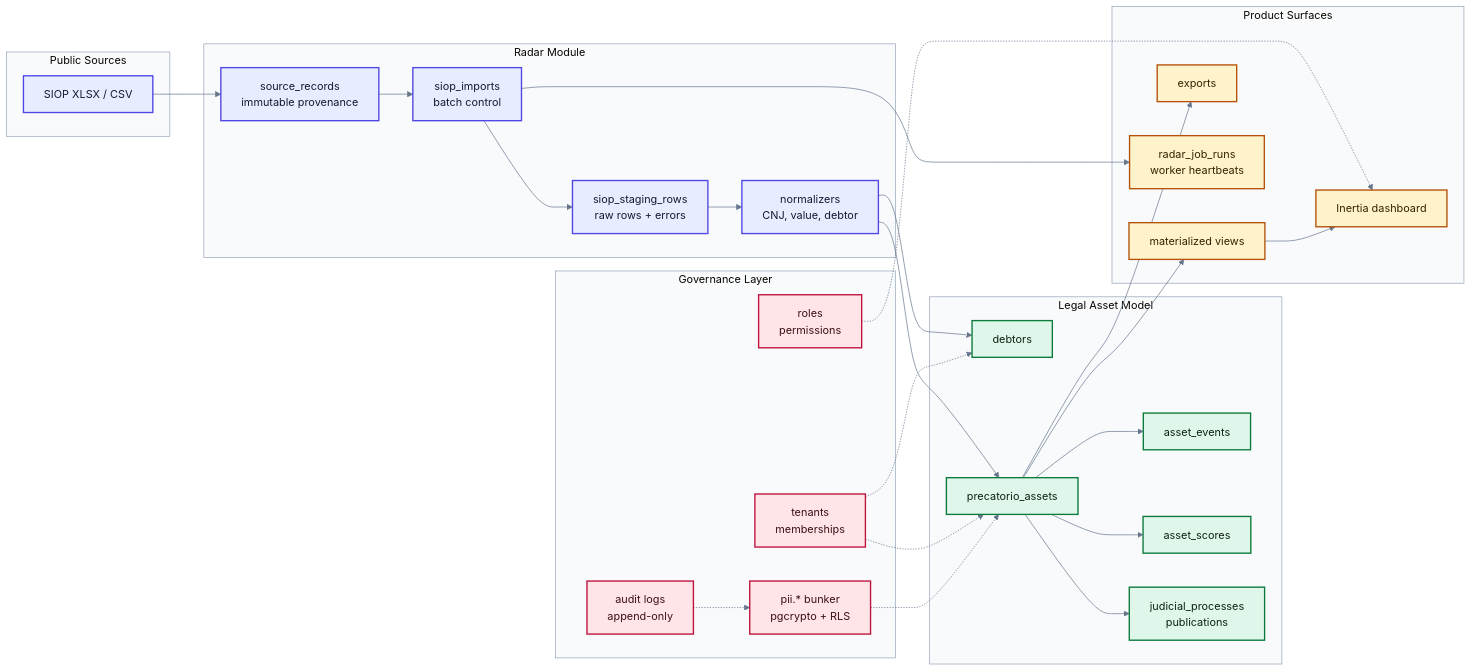
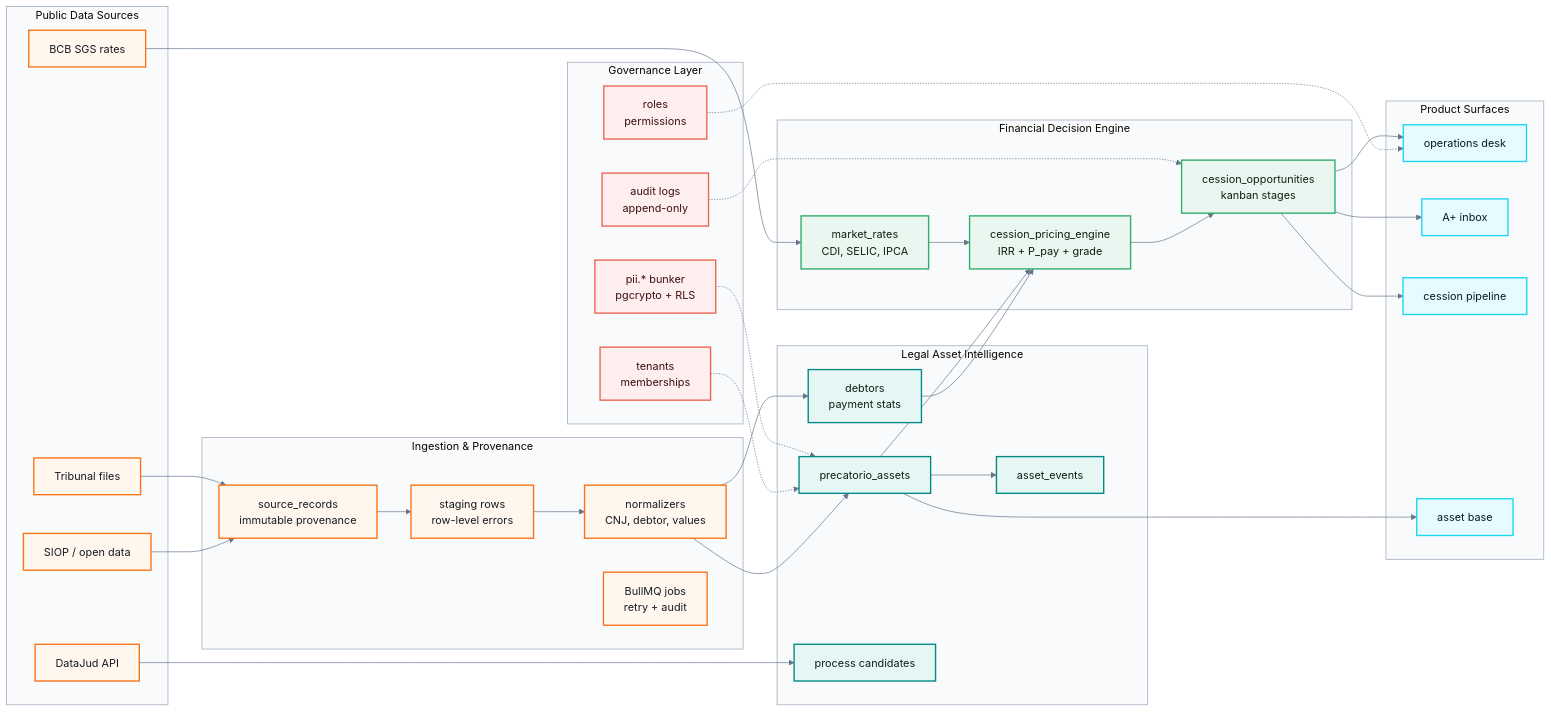
The first of 2 diagrams in README.md (gabrielmaialva33/juridicai), drawn with Mermaid before and after one commit. The commit also changed other lines of this file and 2 other files, not shown here.

First line of the commit message:
💄 style(readme): atualiza hero e footer para "Precatório Operations Desk"

````diff
--- a/README.md
+++ b/README.md
@@ -58,67 +58,81 @@
 ```mermaid
 %%{init: {'theme': 'base', 'themeVariables': {
   'fontFamily': 'ui-monospace, SFMono-Regular, Menlo, Consolas, monospace',
   'lineColor': '#64748b',
   'primaryTextColor': '#111827',
   'clusterBkg': '#f8fafc',
   'clusterBorder': '#94a3b8'
 }}}%%
 flowchart LR
-    subgraph Sources["Public Sources"]
-        SIOP["SIOP XLSX / CSV"]
+    subgraph Sources["Public Data Sources"]
+        SIOP["SIOP / open data"]
+        TRF["Tribunal files"]
+        DATAJUD["DataJud API"]
+        BCB["BCB SGS rates"]
     end
 
-    subgraph Radar["Radar Module"]
+    subgraph Ingestion["Ingestion & Provenance"]
         SOURCE["source_records<br/>immutable provenance"]
-        IMPORTS["siop_imports<br/>batch control"]
-        STAGING["siop_staging_rows<br/>raw rows + errors"]
-        NORMALIZE["normalizers<br/>CNJ, value, debtor"]
+        STAGING["staging rows<br/>row-level errors"]
+        NORMALIZE["normalizers<br/>CNJ, debtor, values"]
+        JOBS["BullMQ jobs<br/>retry + audit"]
     end
 
-    subgraph Domain["Legal Asset Model"]
-        DEBTORS["debtors"]
+    subgraph Domain["Legal Asset Intelligence"]
+        DEBTORS["debtors<br/>payment stats"]
         ASSETS["precatorio_assets"]
         EVENTS["asset_events"]
-        SCORES["asset_scores"]
-        JUDICIAL["judicial_processes<br/>publications"]
+        MATCHES["process candidates"]
+    end
+
+    subgraph Pricing["Financial Decision Engine"]
+        MARKET["market_rates<br/>CDI, SELIC, IPCA"]
+        PRICING["cession_pricing_engine<br/>IRR + P_pay + grade"]
+        PIPELINE["cession_opportunities<br/>kanban stages"]
     end
 
     subgraph Governance["Governance Layer"]
         TENANTS["tenants<br/>memberships"]
         RBAC["roles<br/>permissions"]
         PII["pii.* bunker<br/>pgcrypto + RLS"]
         AUDIT["audit logs<br/>append-only"]
     end
 
     subgraph Product["Product Surfaces"]
-        VIEWS["materialized views"]
-        DASHBOARD["Inertia dashboard"]
-        EXPORTS["exports"]
-        JOBS["radar_job_runs<br/>worker heartbeats"]
+        DESK["operations desk"]
+        INBOX["A+ inbox"]
+        KANBAN["cession pipeline"]
+        BASE["asset base"]
     end
 
-    SIOP --> SOURCE --> IMPORTS --> STAGING --> NORMALIZE
+    SIOP --> SOURCE
+    TRF --> SOURCE
+    DATAJUD --> MATCHES
+    BCB --> MARKET
+    SOURCE --> STAGING --> NORMALIZE --> ASSETS
     NORMALIZE --> DEBTORS
-    NORMALIZE --> ASSETS
     ASSETS --> EVENTS
-    ASSETS --> SCORES
-    ASSETS --> JUDICIAL
-    TENANTS -.-> DEBTORS
+    DEBTORS --> PRICING
+    ASSETS --> PRICING
+    MARKET --> PRICING --> PIPELINE
     TENANTS -.-> ASSETS
-    RBAC -.-> DASHBOARD
+    RBAC -.-> DESK
     PII -.-> ASSETS
-    AUDIT -.-> PII
-    ASSETS --> VIEWS --> DASHBOARD
-    ASSETS --> EXPORTS
-    IMPORTS --> JOBS
+    AUDIT -.-> PIPELINE
+    PIPELINE --> DESK
+    PIPELINE --> INBOX
+    PIPELINE --> KANBAN
+    ASSETS --> BASE
 
-    classDef source fill:#e7edff,stroke:#4f46e5,color:#151a33,stroke-width:2px;
-    classDef domain fill:#dff7ea,stroke:#0b7a3b,color:#102015,stroke-width:2px;
-    classDef governance fill:#ffe5e8,stroke:#be123c,color:#3b1015,stroke-width:2px;
-    classDef product fill:#fff3cc,stroke:#b45309,color:#332400,stroke-width:2px;
+    classDef source fill:#FFF7ED,stroke:#F97316,color:#161C24,stroke-width:2px;
+    classDef domain fill:#E5F6F5,stroke:#008980,color:#102015,stroke-width:2px;
+    classDef pricing fill:#EAF7F0,stroke:#2FAC68,color:#102015,stroke-width:2px;
+    classDef governance fill:#FEEEEE,stroke:#EC6553,color:#3B1015,stroke-width:2px;
+    classDef product fill:#E6FBFF,stroke:#1CD6F4,color:#031B20,stroke-width:2px;
 
-    class SIOP,SOURCE,IMPORTS,STAGING,NORMALIZE source;
-    class DEBTORS,ASSETS,EVENTS,SCORES,JUDICIAL domain;
+    class SIOP,TRF,DATAJUD,BCB,SOURCE,STAGING,NORMALIZE,JOBS source;
+    class DEBTORS,ASSETS,EVENTS,MATCHES domain;
+    class MARKET,PRICING,PIPELINE pricing;
     class TENANTS,RBAC,PII,AUDIT governance;
-    class VIEWS,DASHBOARD,EXPORTS,JOBS product;
+    class DESK,INBOX,KANBAN,BASE product;
 ```
````
